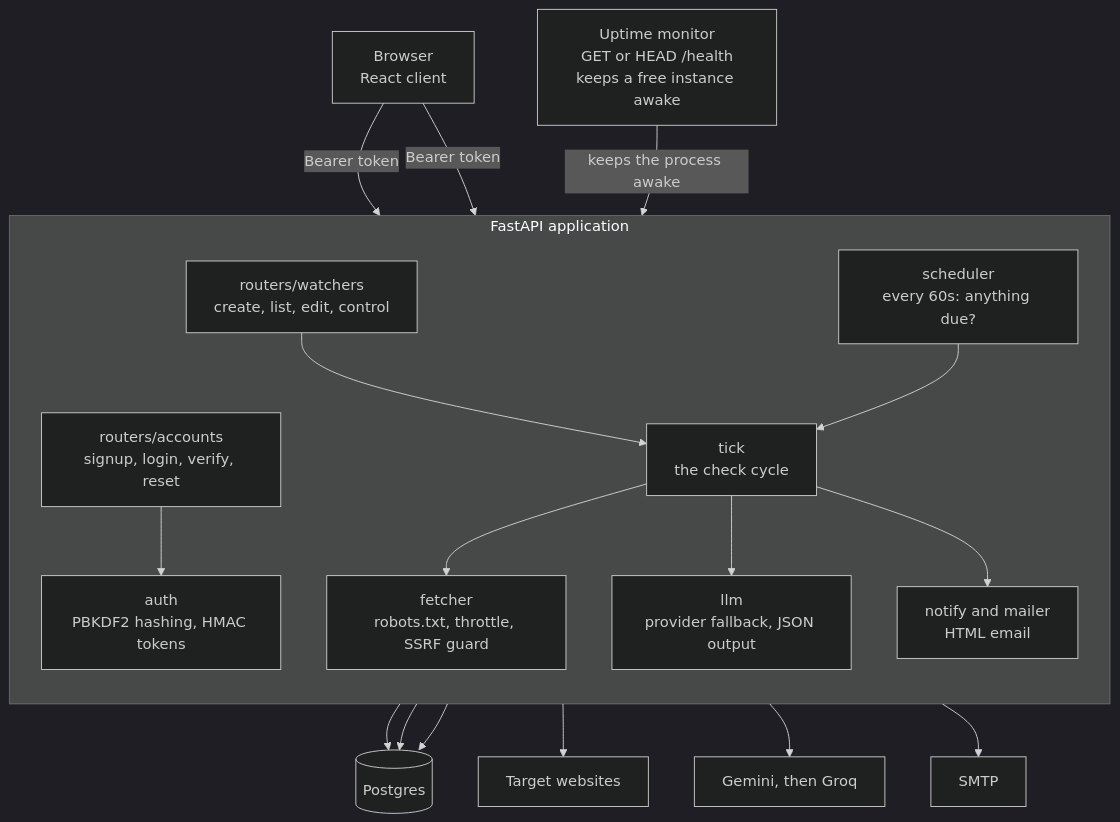
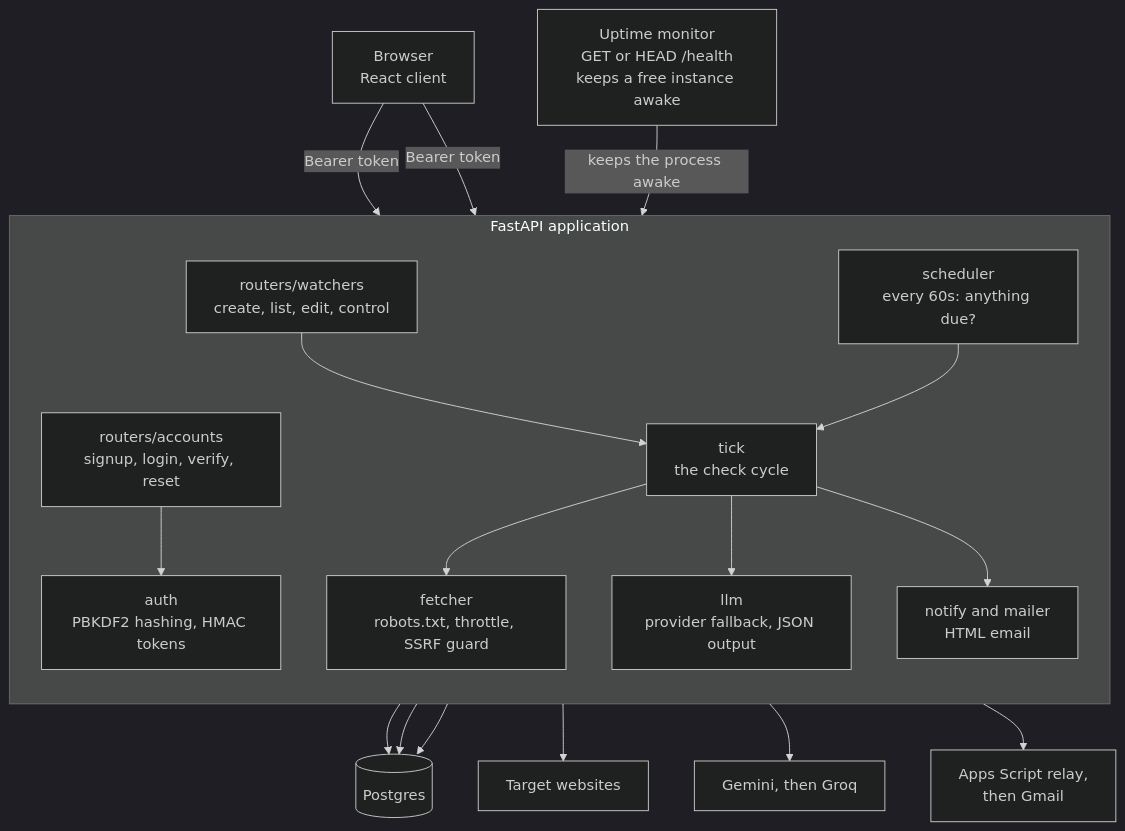
The first of 2 diagrams in backend/README.md (Ahsan-20/Argus), drawn with Mermaid (dark theme) before and after one commit. The commit also changed other lines of this file and 1 other file, not shown here.

Commit message:
Record how alerts get out of a host that blocks email
Argus is a notifier, so the delivery path is not an implementation detail, it is
the product working. The architecture diagram showed mail leaving as if by SMTP,
which is not what happens and hides the more interesting part.

The diagram now shows the relay as its own hop, and the engineering section
explains the problem and the reasoning: Render blocks outbound SMTP on 25, 465
and 587, and a blocked port swallows the connection rather than refusing it, so
the symptom was a signup request that never returned rather than an error anyone
could see. A third-party mail API gets past the port block but fails SPF and DKIM
alignment for a Gmail sender, which puts confirmation links in spam. An Apps
Script relay avoids both, because Gmail itself still does the sending.

Also noted the two things the client has to get right, since both fail silently:
following the 302 to the second domain, and reading the response body rather
than trusting a 200 that carries ok:false.

````diff
--- a/backend/README.md
+++ b/backend/README.md
@@ -20,40 +20,40 @@
 ```mermaid
 flowchart TB
     BROWSER["Browser<br/>React client"]
     MONITOR["Uptime monitor<br/>GET or HEAD /health<br/>keeps a free instance awake"]
 
     subgraph APP["FastAPI application"]
         direction TB
         ACCOUNTS["routers/accounts<br/>signup, login, verify, reset"]
         WATCHERS["routers/watchers<br/>create, list, edit, control"]
         AUTHMOD["auth<br/>PBKDF2 hashing, HMAC tokens"]
         SCHED["scheduler<br/>every 60s: anything due?"]
         TICK["tick<br/>the check cycle"]
         FETCH["fetcher<br/>robots.txt, throttle, SSRF guard"]
         LLM["llm<br/>provider fallback, JSON output"]
         NOTIFY["notify and mailer<br/>HTML email"]
     end
 
     DB[("Postgres")]
     SITES["Target websites"]
     MODELS["Gemini, then Groq"]
-    MAIL["SMTP"]
+    MAIL["Apps Script relay,<br/>then Gmail"]
 
     BROWSER -- "Bearer token" --> ACCOUNTS
     BROWSER -- "Bearer token" --> WATCHERS
     MONITOR -- "keeps the process awake" --> APP
 
     ACCOUNTS --> AUTHMOD
     WATCHERS --> TICK
     SCHED --> TICK
     TICK --> FETCH
     TICK --> LLM
     TICK --> NOTIFY
 
     ACCOUNTS --> DB
     WATCHERS --> DB
     TICK --> DB
     FETCH --> SITES
     LLM --> MODELS
     NOTIFY --> MAIL
 ```
````
